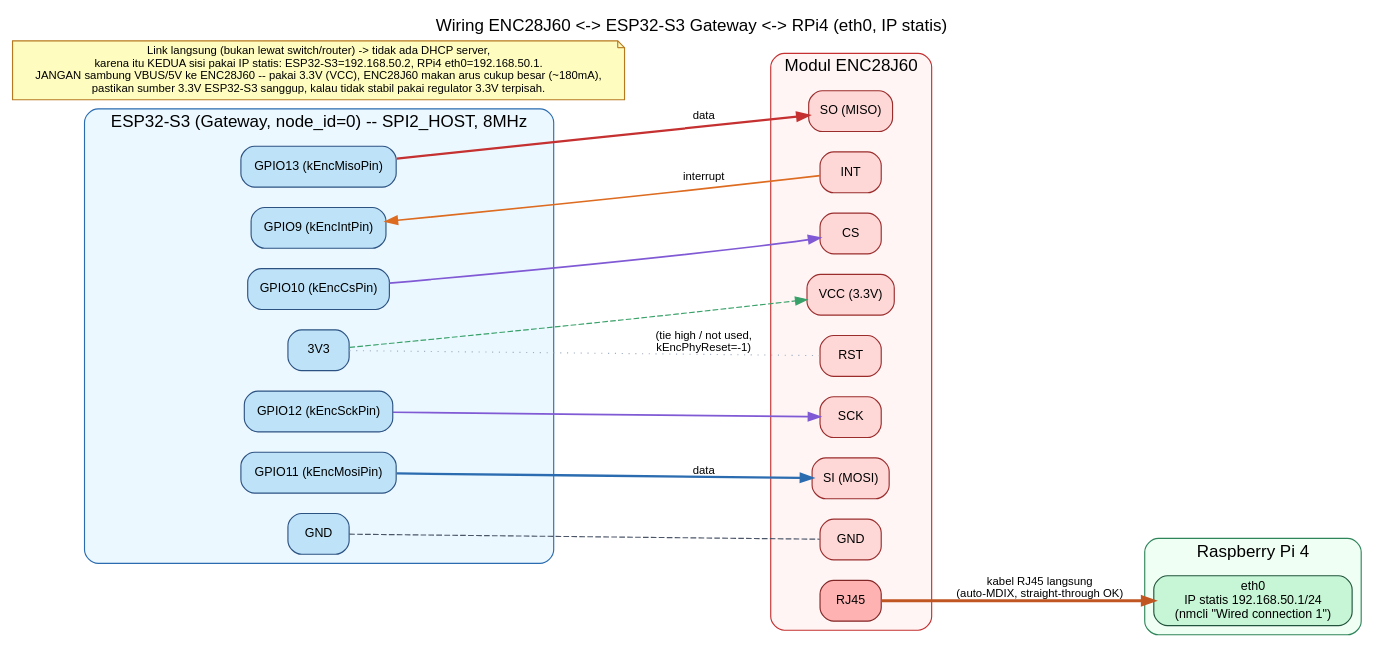
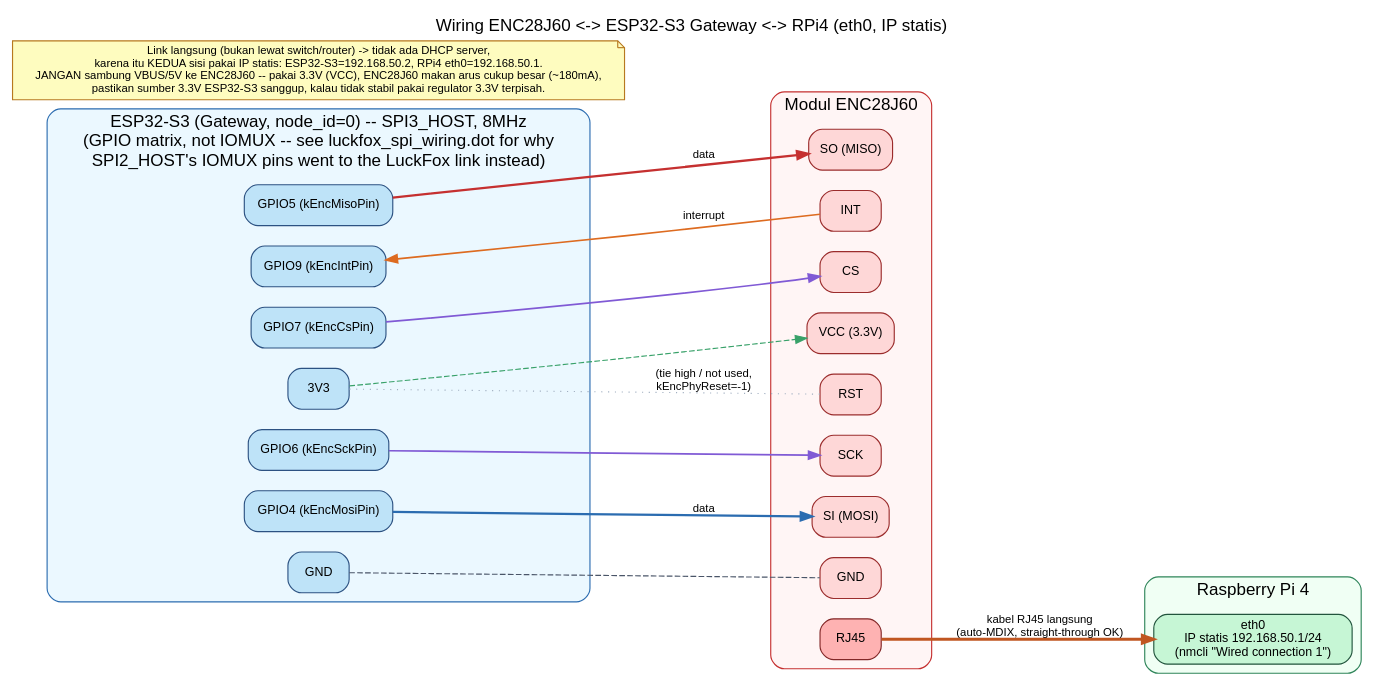
One commit to AndhikaFW/ESP32-S3-RAP changed the diagram in docs/network/enc28j60_wiring.dot. Above: the diagram before and after it, drawn with Graphviz. The commit also changed 9 other files, not shown here.

First line of the commit message:
Add LuckFox SPI slave link, wire real frames into video_relay

```diff
--- a/docs/network/enc28j60_wiring.dot
+++ b/docs/network/enc28j60_wiring.dot
@@ -1,65 +1,65 @@
 digraph EncWiring {
     rankdir=LR;
     bgcolor="white";
     fontname="Helvetica";
     node [fontname="Helvetica", fontsize=11];
     edge [fontname="Helvetica", fontsize=10];
 
     labelloc="t";
     label="Wiring ENC28J60 <-> ESP32-S3 Gateway <-> RPi4 (eth0, IP statis)";
     fontsize=15;
 
     subgraph cluster_enc {
         label="Modul ENC28J60";
         style="rounded,filled";
         fillcolor="#fff5f5";
         color="#c53030";
         node [shape=box, style="rounded,filled", fillcolor="#fed7d7", color="#9b2c2c"];
         ENC_CS   [label="CS"];
         ENC_SCK  [label="SCK"];
         ENC_MOSI [label="SI (MOSI)"];
         ENC_MISO [label="SO (MISO)"];
         ENC_INT  [label="INT"];
         ENC_RST  [label="RST"];
         ENC_VCC  [label="VCC (3.3V)"];
         ENC_GND  [label="GND"];
         ENC_RJ45 [label="RJ45", shape=box, style="rounded,filled", fillcolor="#feb2b2", color="#822727"];
     }
 
     subgraph cluster_esp {
-        label="ESP32-S3 (Gateway, node_id=0) -- SPI2_HOST, 8MHz";
+        label="ESP32-S3 (Gateway, node_id=0) -- SPI3_HOST, 8MHz\n(GPIO matrix, not IOMUX -- see luckfox_spi_wiring.dot for why\nSPI2_HOST's IOMUX pins went to the LuckFox link instead)";
         style="rounded,filled";
         fillcolor="#ebf8ff";
         color="#2b6cb0";
         node [shape=box, style="rounded,filled", fillcolor="#bee3f8", color="#2c5282"];
-        ESP_CS   [label="GPIO10 (kEncCsPin)"];
-        ESP_SCK  [label="GPIO12 (kEncSckPin)"];
-        ESP_MOSI [label="GPIO11 (kEncMosiPin)"];
-        ESP_MISO [label="GPIO13 (kEncMisoPin)"];
+        ESP_CS   [label="GPIO7 (kEncCsPin)"];
+        ESP_SCK  [label="GPIO6 (kEncSckPin)"];
+        ESP_MOSI [label="GPIO4 (kEncMosiPin)"];
+        ESP_MISO [label="GPIO5 (kEncMisoPin)"];
         ESP_INT  [label="GPIO9 (kEncIntPin)"];
         ESP_3V3  [label="3V3"];
         ESP_GND  [label="GND"];
     }
 
     subgraph cluster_rpi {
         label="Raspberry Pi 4";
         style="rounded,filled";
         fillcolor="#f0fff4";
         color="#2f855a";
         RPI_ETH0 [label="eth0\nIP statis 192.168.50.1/24\n(nmcli \"Wired connection 1\")", shape=box, style="rounded,filled", fillcolor="#c6f6d5", color="#22543d"];
     }
 
     ESP_CS -> ENC_CS [color="#805ad5", penwidth=1.5];
     ESP_SCK -> ENC_SCK [color="#805ad5", penwidth=1.5];
     ESP_MOSI -> ENC_MOSI [label="  data", color="#2b6cb0", penwidth=2];
     ENC_MISO -> ESP_MISO [label="  data", color="#c53030", penwidth=2, dir=back];
     ENC_INT -> ESP_INT [label="  interrupt", color="#dd6b20", penwidth=1.5];
     ESP_3V3 -> ENC_VCC [color="#38a169", style=dashed];
     ESP_GND -> ENC_GND [dir=none, style=dashed, color="#4a5568"];
     ENC_RST -> ESP_3V3 [label="  (tie high / not used,\n  kEncPhyReset=-1)", style=dotted, color="#a0aec0", dir=none];
 
     ENC_RJ45 -> RPI_ETH0 [label="  kabel RJ45 langsung\n  (auto-MDIX, straight-through OK)", color="#c05621", penwidth=2.5, style=bold];
 
     NOTE [shape=note, style=filled, fillcolor="#fefcbf", color="#b7791f", fontsize=10,
           label="Link langsung (bukan lewat switch/router) -> tidak ada DHCP server,\nkarena itu KEDUA sisi pakai IP statis: ESP32-S3=192.168.50.2, RPi4 eth0=192.168.50.1.\nJANGAN sambung VBUS/5V ke ENC28J60 -- pakai 3.3V (VCC), ENC28J60 makan arus cukup besar (~180mA),\npastikan sumber 3.3V ESP32-S3 sanggup, kalau tidak stabil pakai regulator 3.3V terpisah."];
 }
```
